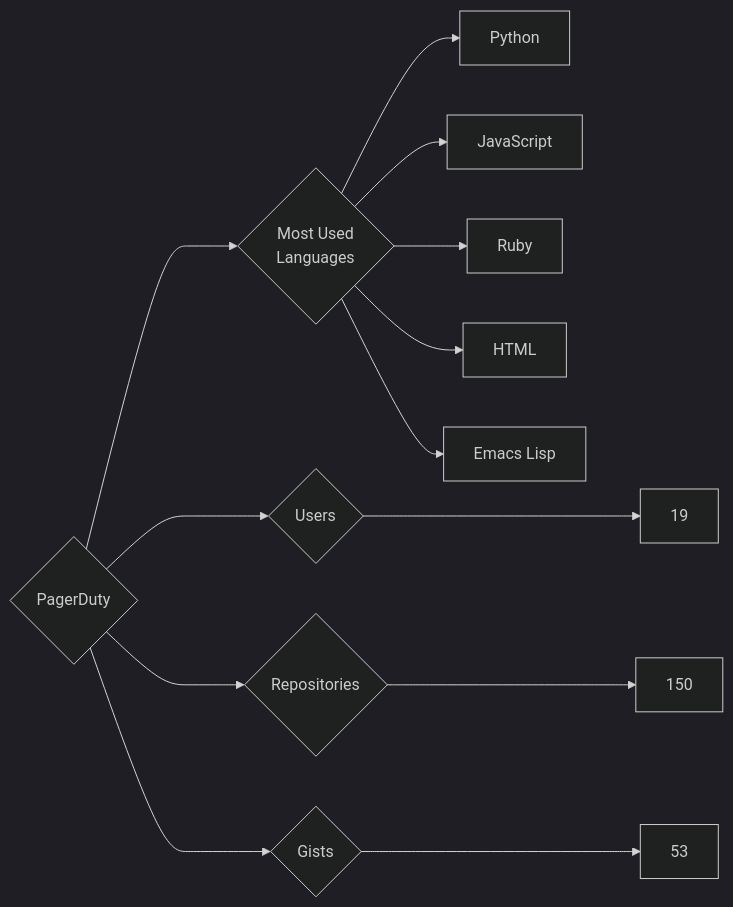
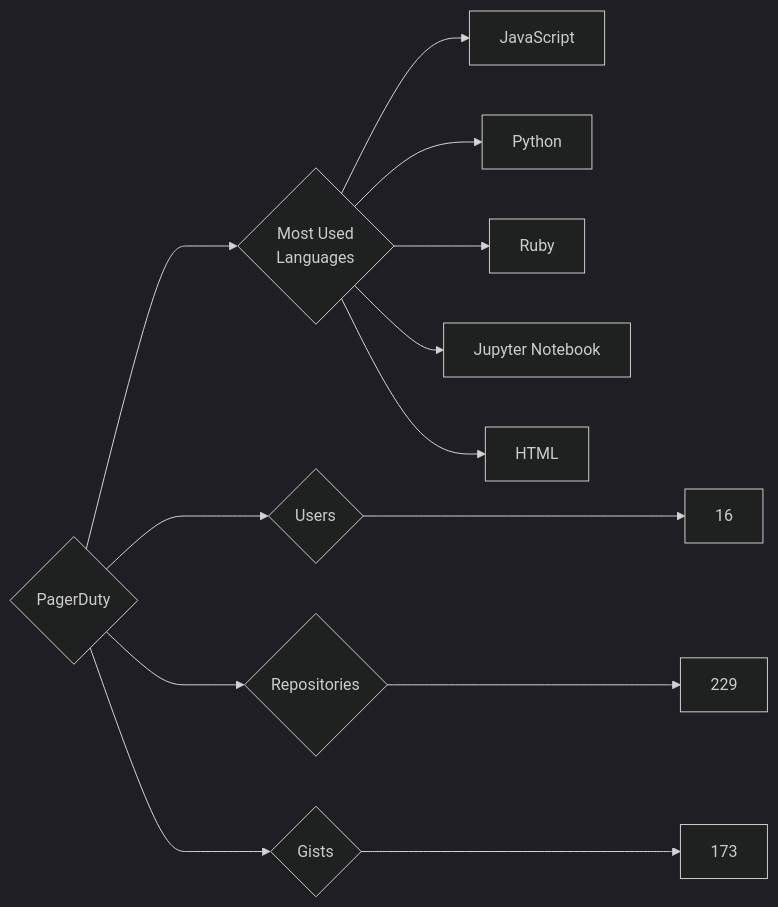
One commit to trickest/insiders changed the diagram in targets/PagerDuty/README.md. Above: the diagram before and after it, drawn with Mermaid (dark theme). The commit also changed 953 other files, not shown here.

````diff
--- a/targets/PagerDuty/README.md
+++ b/targets/PagerDuty/README.md
@@ -3,13 +3,13 @@
 ```mermaid
 graph LR
 COMPANY_NAME{PagerDuty}
-COMPANY_NAME ---> U{Users} ---> UN[19]
-COMPANY_NAME ---> R{Repositories} ---> RN[150]
-COMPANY_NAME ---> G{Gists} ---> GN[53]
+COMPANY_NAME ---> U{Users} ---> UN[16]
+COMPANY_NAME ---> R{Repositories} ---> RN[229]
+COMPANY_NAME ---> G{Gists} ---> GN[173]
 COMPANY_NAME ---> ML{Most Used<br>Languages}
+ML --> JavaScript[JavaScript]
 ML --> Python[Python]
-ML --> JavaScript[JavaScript]
 ML --> Ruby[Ruby]
+ML --> Jupyter_Notebook[Jupyter Notebook]
 ML --> HTML[HTML]
-ML --> Emacs_Lisp[Emacs Lisp]
 ```
````
